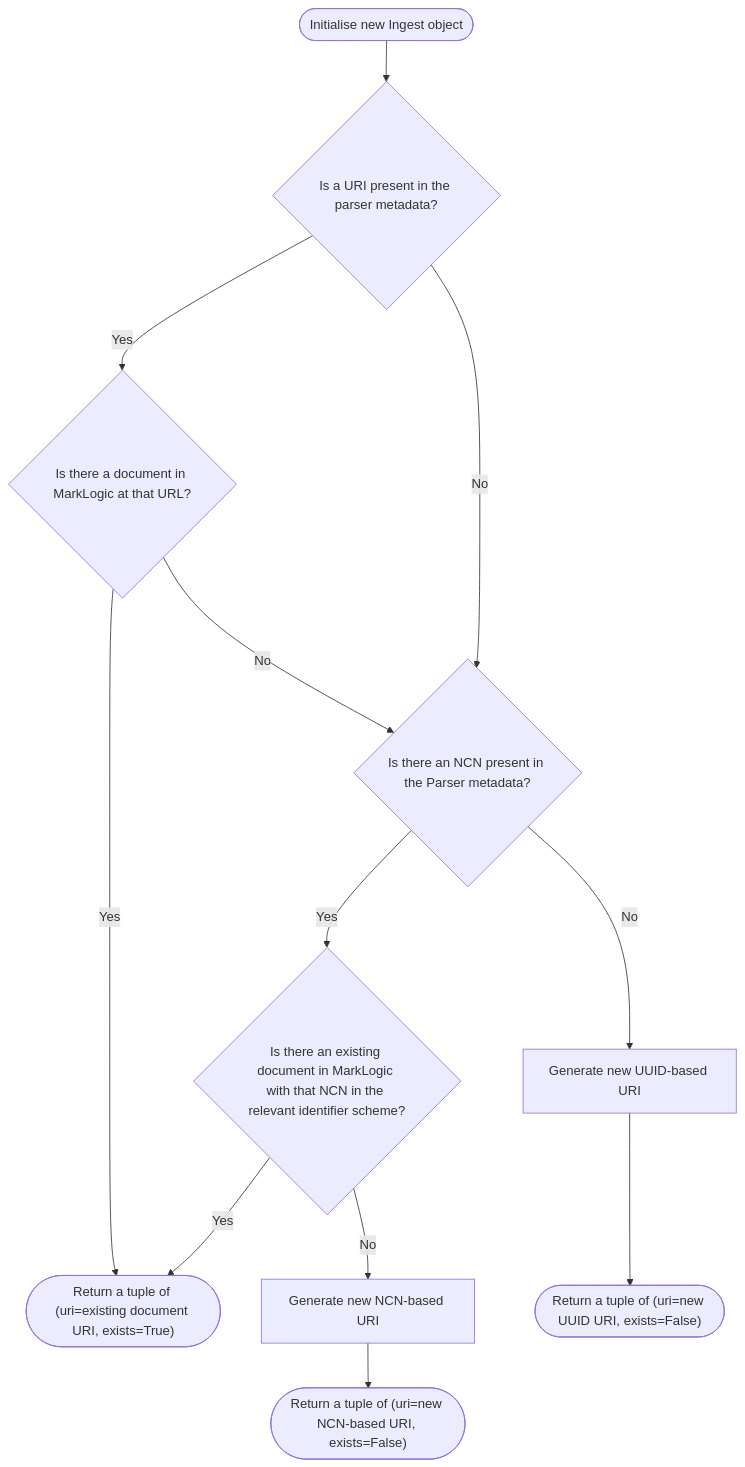
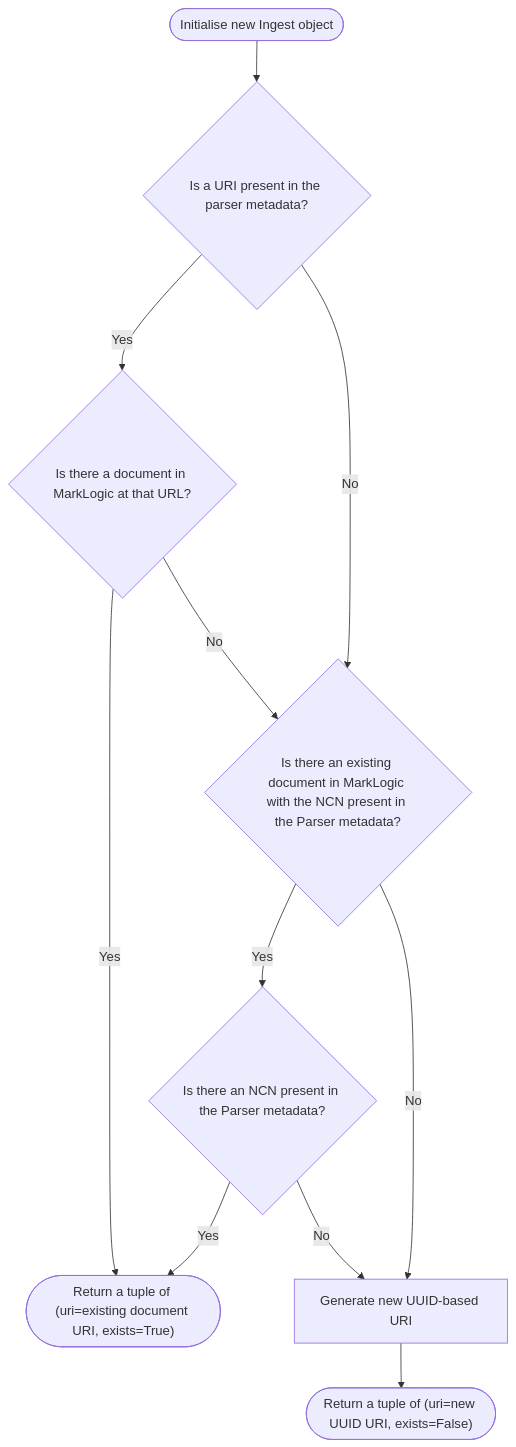
One commit to nationalarchives/ds-caselaw-ingester changed the diagram in docs/uri_logic.md. Above: the diagram before and after it, drawn with Mermaid. The commit also changed 2 other files, not shown here.

Commit message:
Do not create new NCN database locations
Change the logic so that the location of a new document
is not based on its NCN, but is a uuid instead.

````diff
--- a/docs/uri_logic.md
+++ b/docs/uri_logic.md
@@ -7,43 +7,39 @@
 ```mermaid
 flowchart TD
 
     INIT([Initialise new Ingest object])
 
     INIT --> URI_IN_PARSER_METADATA
 
     URI_IN_PARSER_METADATA{Is a URI present in the parser metadata?}
 
     URI_IN_PARSER_METADATA -- Yes --> EXISTING_DOCUMENT_AT_URI
 
     EXISTING_DOCUMENT_AT_URI{Is there a document in MarkLogic at that URL?}
 
     EXISTING_DOCUMENT_AT_URI -- Yes --> SET_URI_TO_EXISTING_DOC
 
 
 
     URI_IN_PARSER_METADATA -- No --> DOCUMENT_HAS_NCN
     EXISTING_DOCUMENT_AT_URI -- No --> DOCUMENT_HAS_NCN
 
-    DOCUMENT_HAS_NCN{Is there an NCN present in the Parser metadata?}
+    DOCUMENT_HAS_NCN{Is there an existing document in MarkLogic with the NCN present in the Parser metadata?}
 
     DOCUMENT_HAS_NCN -- Yes --> EXISTING_DOCUMENT_AT_NCN
 
-    EXISTING_DOCUMENT_AT_NCN{Is there an existing document in MarkLogic with that NCN in the relevant identifier scheme?}
+    EXISTING_DOCUMENT_AT_NCN{Is there an NCN present in the Parser metadata?}
 
     EXISTING_DOCUMENT_AT_NCN -- Yes --> SET_URI_TO_EXISTING_DOC
 
     SET_URI_TO_EXISTING_DOC(["Return a tuple of (uri=existing document URI, exists=True)"])
 
     DOCUMENT_HAS_NCN -- No --> GENERATE_UUID_URI
 
-    GENERATE_NCN_URI[Generate new NCN-based URI]
-    GENERATE_NCN_URI --> SET_URI_TO_NCN
-    SET_URI_TO_NCN(["Return a tuple of (uri=new NCN-based URI, exists=False)"])
-
-    EXISTING_DOCUMENT_AT_NCN -- No --> GENERATE_NCN_URI
+    EXISTING_DOCUMENT_AT_NCN -- No --> GENERATE_UUID_URI
 
     GENERATE_UUID_URI[Generate new UUID-based URI]
     GENERATE_UUID_URI --> SET_URI_TO_UUID
     SET_URI_TO_UUID(["Return a tuple of (uri=new UUID URI, exists=False)"])
 
 ```
````
